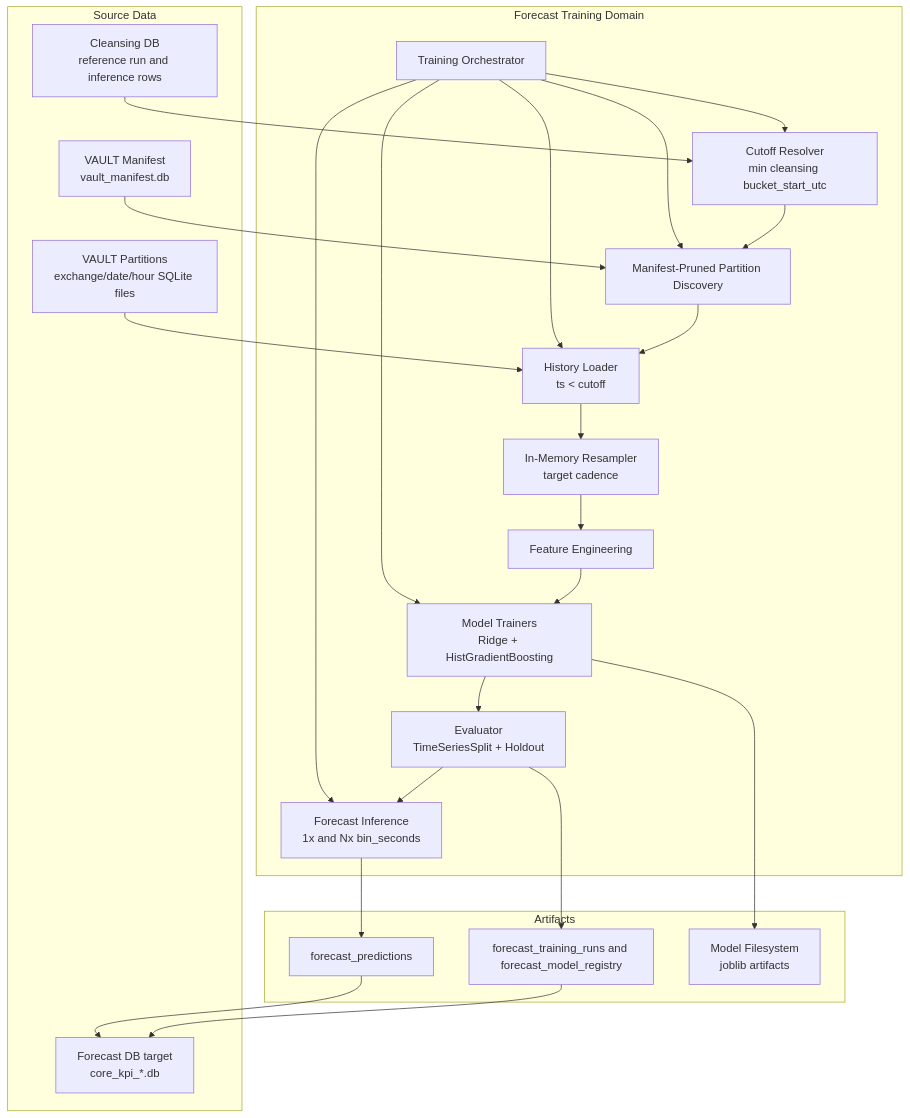
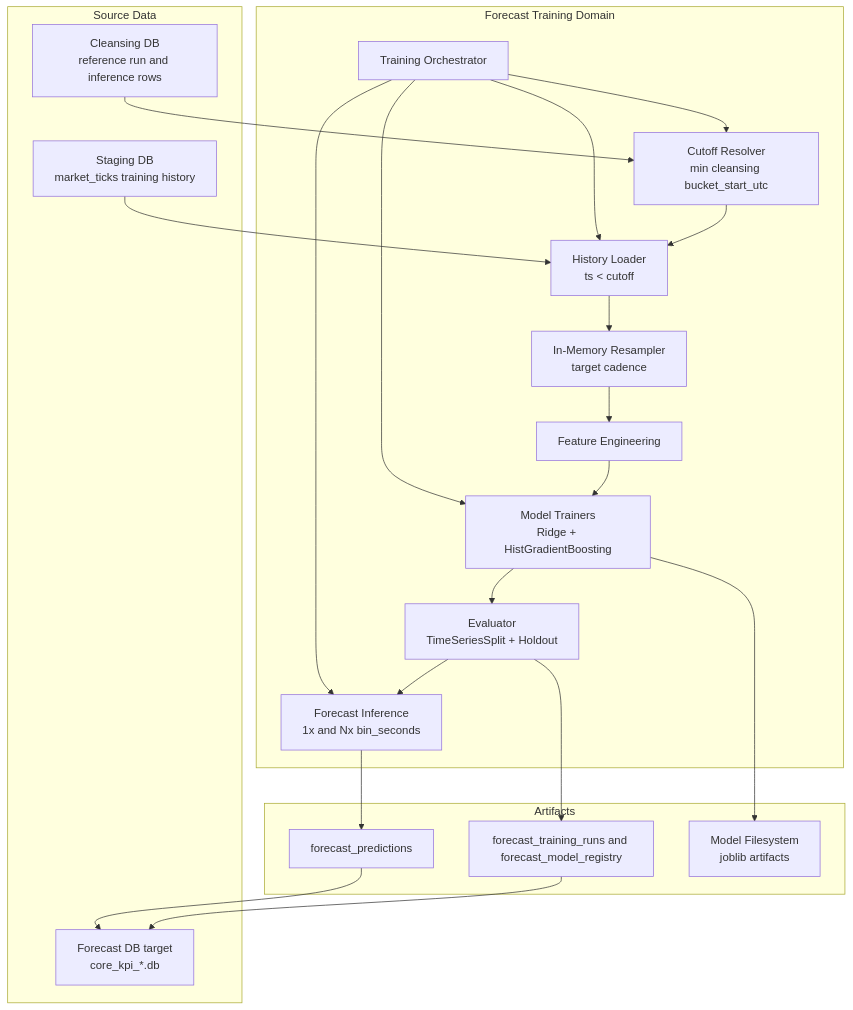
The diagram in diagrams/6_forecasting/uml_architecture_forecasting_training_staging_cutoff.mmd (laiki/crypto_DWH), drawn with Mermaid before and after one commit. The commit also changed 106 other files, not shown here.

Commit message:
re-generated docs and diagrams. Added redis handling path

```diff
--- a/diagrams/6_forecasting/uml_architecture_forecasting_training_staging_cutoff.mmd
+++ b/diagrams/6_forecasting/uml_architecture_forecasting_training_staging_cutoff.mmd
@@ -1,50 +1,45 @@
 flowchart TD
     subgraph SRC["Source Data"]
-        MAN["VAULT Manifest<br/>vault_manifest.db"]
-        PART["VAULT Partitions<br/>exchange/date/hour SQLite files"]
+        STG["Staging DB<br/>market_ticks training history"]
         CLEAN["Cleansing DB<br/>reference run and inference rows"]
         COREIN["Forecast DB target<br/>core_kpi_*.db"]
     end
 
     subgraph TRAIN["Forecast Training Domain"]
         ORCH["Training Orchestrator"]
         CUT["Cutoff Resolver<br/>min cleansing bucket_start_utc"]
-        DISC["Manifest-Pruned Partition Discovery"]
         LOAD["History Loader<br/>ts < cutoff"]
         RES["In-Memory Resampler<br/>target cadence"]
         FEAT["Feature Engineering"]
         MODELS["Model Trainers<br/>Ridge + HistGradientBoosting"]
         EVAL["Evaluator<br/>TimeSeriesSplit + Holdout"]
         PRED["Forecast Inference<br/>1x and Nx bin_seconds"]
     end
 
     subgraph OUT["Artifacts"]
         REG["forecast_training_runs and forecast_model_registry"]
         PREDS["forecast_predictions"]
         MODELFS["Model Filesystem<br/>joblib artifacts"]
     end
 
     CLEAN --> CUT
-    MAN --> DISC
-    CUT --> DISC
-    DISC --> LOAD
-    PART --> LOAD
+    CUT --> LOAD
+    STG --> LOAD
 
     LOAD --> RES
     RES --> FEAT
     FEAT --> MODELS
     MODELS --> EVAL
     EVAL --> PRED
 
     MODELS --> MODELFS
     EVAL --> REG
     PRED --> PREDS
 
     ORCH --> CUT
-    ORCH --> DISC
     ORCH --> LOAD
     ORCH --> MODELS
     ORCH --> PRED
 
     REG --> COREIN
     PREDS --> COREIN
```
